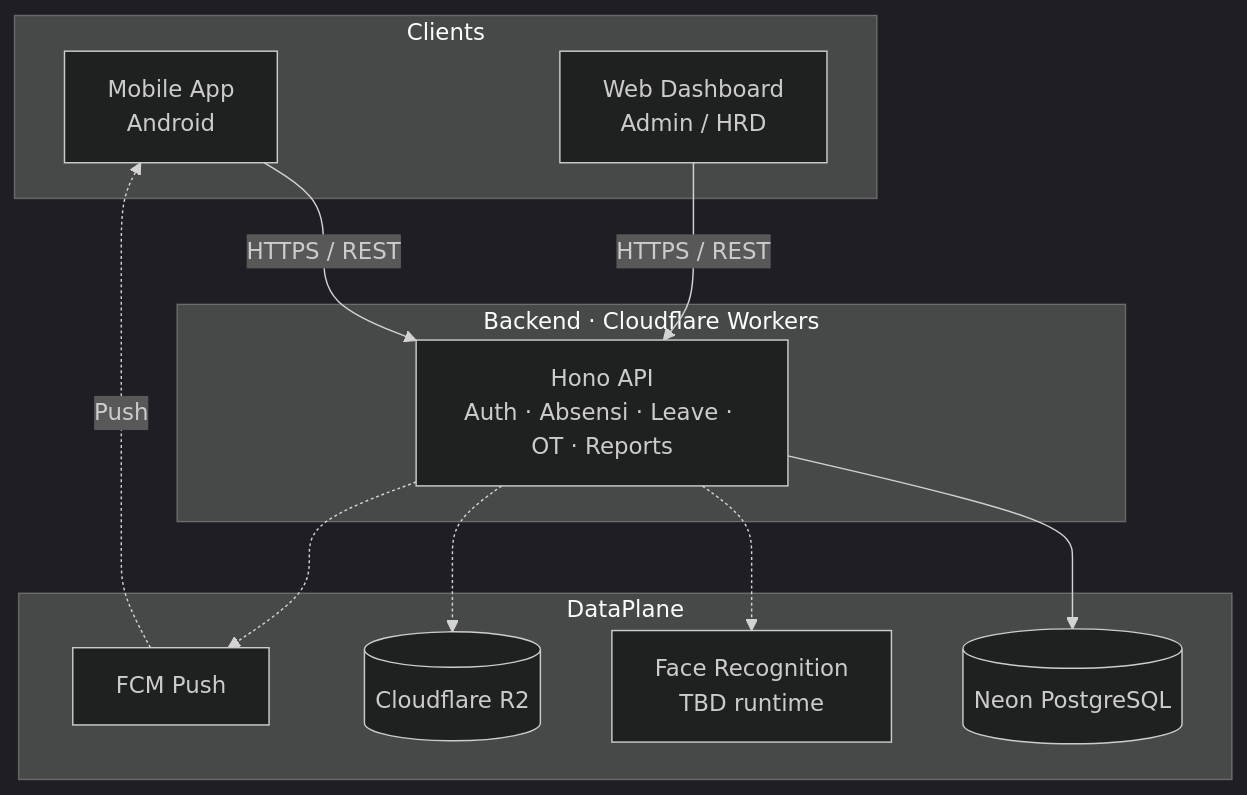
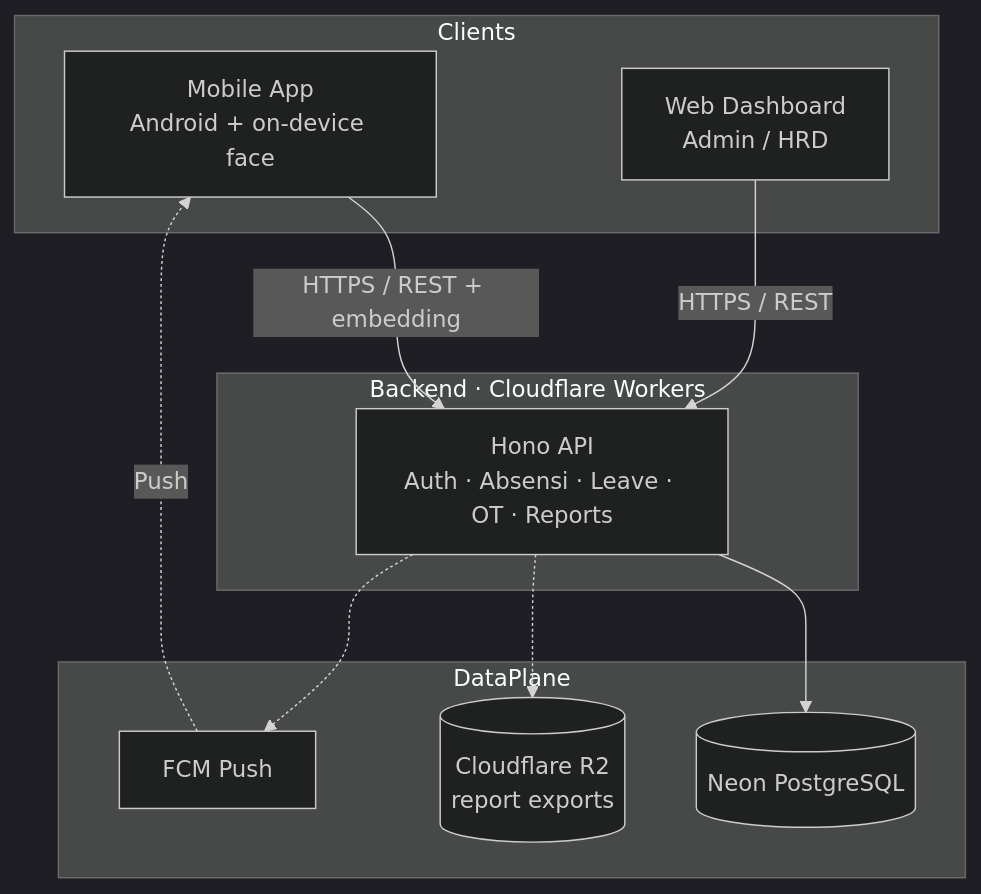
One commit to Capstone-Project-Team-B-2026/docs changed the first of 4 diagrams in docs/infrastructure.md. Above: the diagram before and after it, drawn with Mermaid (dark theme). The commit also changed other lines of this file and 12 other files, not shown here.

First line of the commit message:
docs: lock v1.0 — face on-device, ERD, NFR, testing, and board hygiene

````diff
--- a/docs/infrastructure.md
+++ b/docs/infrastructure.md
@@ -48,26 +46,24 @@
 ```mermaid
 flowchart TB
   subgraph Clients
-    M[Mobile App<br/>Android]
+    M[Mobile App<br/>Android + on-device face]
     W[Web Dashboard<br/>Admin / HRD]
   end
 
   subgraph Edge["Backend · Cloudflare Workers"]
     API[Hono API<br/>Auth · Absensi · Leave · OT · Reports]
   end
 
   subgraph DataPlane
     DB[(Neon PostgreSQL)]
-    FR[Face Recognition<br/>TBD runtime]
-    OS[(Cloudflare R2)]
+    OS[(Cloudflare R2<br/>report exports)]
     FCM[FCM Push]
   end
 
-  M -->|HTTPS / REST| API
+  M -->|HTTPS / REST + embedding| API
   W -->|HTTPS / REST| API
   API --> DB
-  API -.-> FR
   API -.-> OS
   API -.-> FCM
   FCM -.->|Push| M
 ```
````
